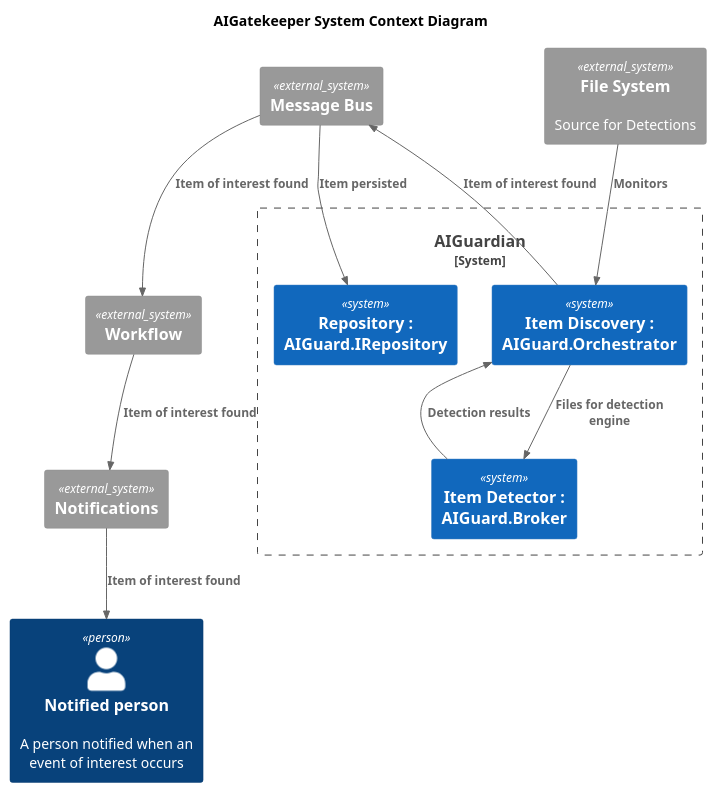
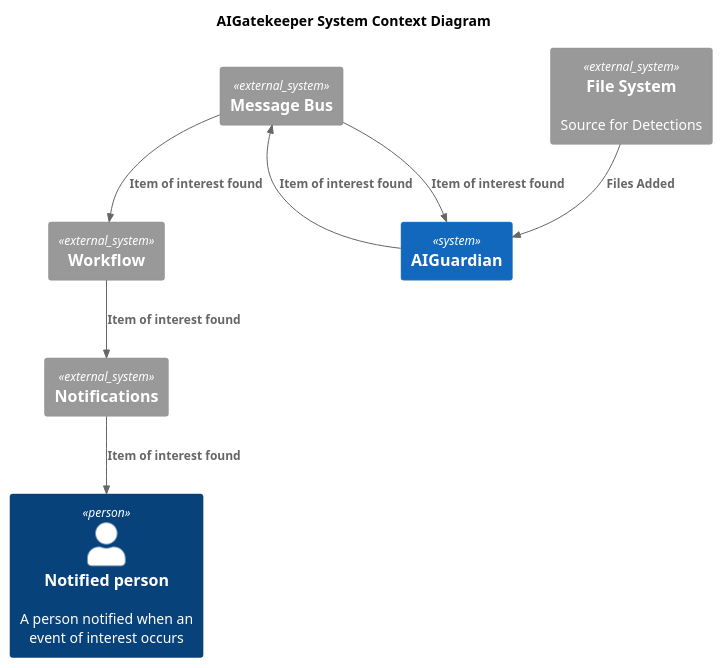
The diagram in diagrams/systemcontext.puml (johnhinz/AIGatekeeper), drawn with PlantUML before and after one commit. The commit also changed 1 other file, not shown here.

```diff
--- a/diagrams/systemcontext.puml
+++ b/diagrams/systemcontext.puml
@@ -1,28 +1,27 @@
 @startuml test
 !includeurl https://raw.githubusercontent.com/RicardoNiepel/C4-PlantUML/master/C4_Context.puml
 
 title AIGatekeeper System Context Diagram
 
 Person(recipient, "Notified person", "A person notified when an event of interest occurs")
-System_Ext(sys, "File System", "Source for Detections")
-System_Boundary(bound, "AIGuardian") {
-    System(discovery, "Item Discovery : AIGuard.Orchestrator")
-    System(detector, "Item Detector : AIGuard.Broker")
-    System(repo, "Repository : AIGuard.IRepository")
-}
+
+System(guard, "AIGuardian")
+
+System_Ext(filesys, "File System", "Source for Detections")
 System_Ext(bus, "Message Bus")
 System_Ext(notification, "Notifications")
 System_Ext(workflow, "Workflow")
 
-Rel(sys, discovery, "Monitors")
-Rel(discovery, detector, "Files for detection engine")
-Rel_Back(discovery, detector, "Detection results")
-Rel(discovery, bus, "Item of interest found")
+Rel(filesys, guard, "Files Added")
+'Rel(guard, detector, "Files for detection engine")
+'Rel_Back(guard, detector, "Detection results")
+Rel(guard, bus, "Item of interest found")
+Rel(bus, guard, "Item of interest found")
 Rel(bus, workflow, "Item of interest found")
-Rel(bus, repo, "Item persisted")
+'Rel(bus, repo, "Item persisted")
 Rel(workflow, notification, "Item of interest found")
 Rel(notification, recipient, "Item of interest found")
 
 
 
 @enduml
```
